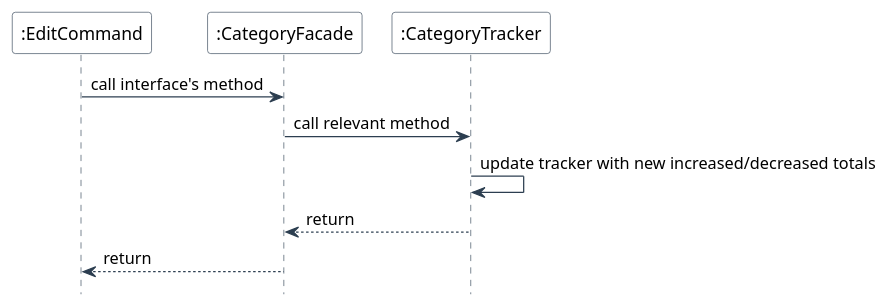
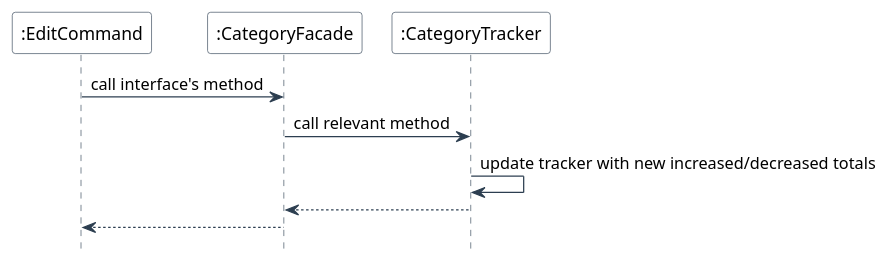
Before and after one commit to nus-cs2113-AY2425S1/tp: the diagram in docs/diagrams/plantuml/CategoryFacade Edit SequenceUML.puml, drawn with PlantUML. The commit also changed 11 other files, not shown here.

Commit message:
Simplify sequence diagram

```diff
--- a/docs/diagrams/plantuml/CategoryFacade Edit SequenceUML.puml
+++ b/docs/diagrams/plantuml/CategoryFacade Edit SequenceUML.puml
@@ -1,22 +1,22 @@
 @startuml
 skinparam backgroundColor #FFFFFF
 skinparam sequence {
     ArrowColor #2C3E50
     LifeLineBorderColor #2C3E50
     ParticipantBorderColor #2C3E50
     ParticipantBackgroundColor #FFFFFF
 }
 hide footbox
 
 participant ":EditCommand" as EC
 participant ":CategoryFacade" as CF
 participant ":CategoryTracker" as CT
 ' participant ":CategoryData" as CD
 
 EC -> CF: call interface's method
 CF -> CT: call relevant method
 CT -> CT: update tracker with new increased/decreased totals
-CT --> CF: return
-CF --> EC: return
+CT --> CF:
+CF --> EC:
 
 @enduml
```
